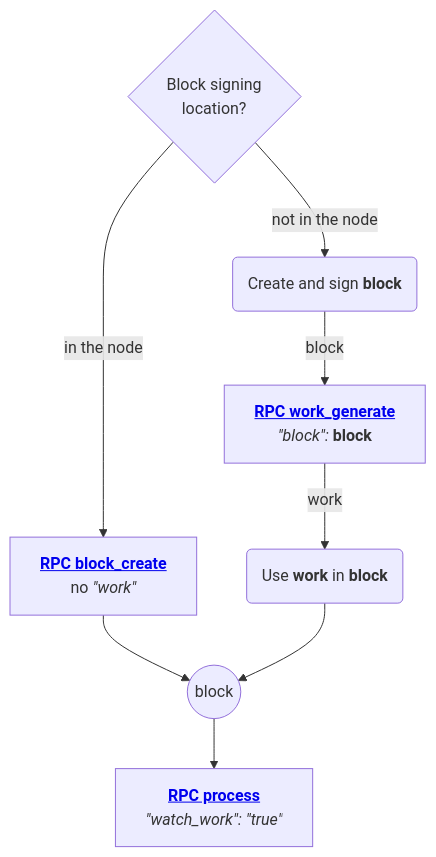
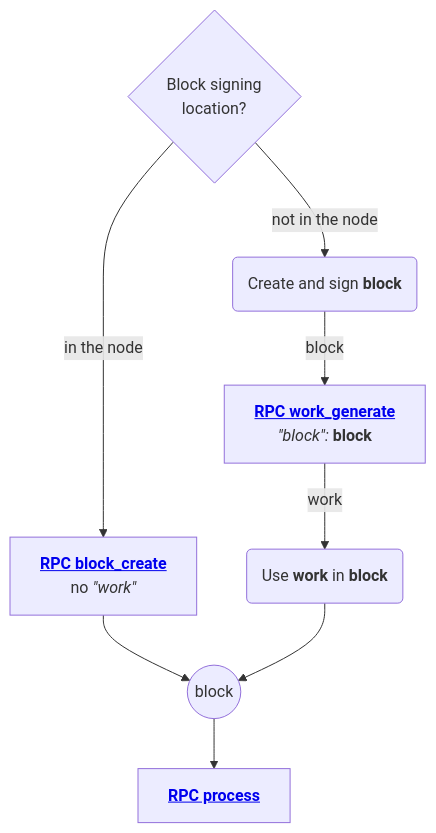
Before and after one commit to nanocurrency/nano-docs: the first of 2 diagrams in docs/integration-guides/work-generation.md, drawn with Mermaid. The commit also changed other lines of this file and 1 other file, not shown here.

First line of the commit message:
Updates to areas impacted by prioritization by difficulty and work watcher removal in V22 (#550)

````diff
--- a/docs/integration-guides/work-generation.md
+++ b/docs/integration-guides/work-generation.md
@@ -78,11 +78,11 @@
 ``` mermaid
 graph TD
     A{Block signing<br> location?}
     A -->|in the node| B[<a href='/commands/rpc-protocol/#block_create'><b>RPC block_create</b></a><br>no <i>&quotwork&quot</i>]
     A -->|not in the node| C_1(Create and sign <b>block</b>)
     B -->block((block))
     C_1 -->|block| C_2[<a href='/commands/rpc-protocol/#work_generate'><b>RPC work_generate</b></a><br><i>&quotblock&quot: </i><b>block</b>]
     C_2 -->|work| C_3(Use <b>work</b> in <b>block</b>)
     C_3 -->block
-    block -->D[<a href='/commands/rpc-protocol/#process'><b>RPC process</b></a><br><i>&quotwatch_work&quot: &quottrue&quot</i>]
+    block -->D[<a href='/commands/rpc-protocol/#process'><b>RPC process</b></a>]
 ```
````
